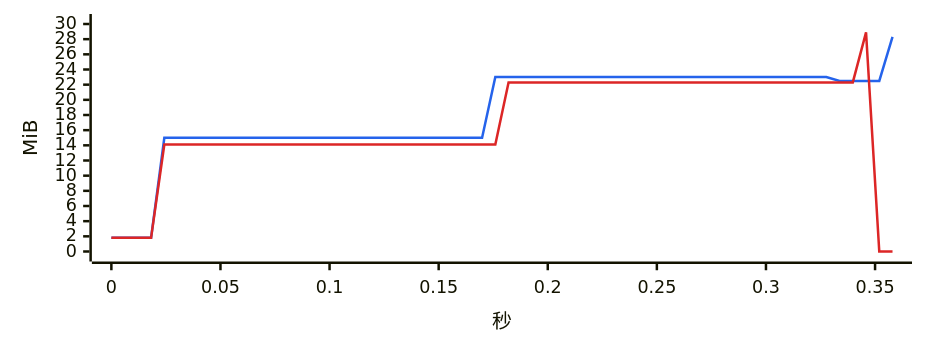
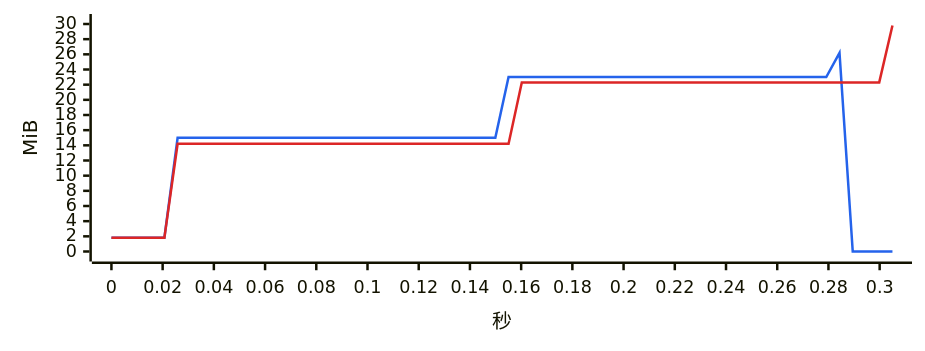
Before and after one commit to 334456777/WeFlow: diagram 16 of 17 in bench/v2.0.0/summary.md, drawn with Mermaid. The commit also changed other lines of this file and 3 other files, not shown here.

````diff
--- a/bench/v2.0.0/summary.md
+++ b/bench/v2.0.0/summary.md
@@ -455,8 +452,8 @@
 ```mermaid
 %%{init: {"xyChart": {"width": 720, "height": 260}, "themeVariables": {"xyChart": {"plotColorPalette": "#2563eb, #dc2626"}}}}%%
 xychart-beta
-    x-axis "秒" 0 --> 0.358
+    x-axis "秒" 0 --> 0.305
     y-axis "MiB" 0 --> 30
-    line [1.8, 1.8, 1.8, 1.8, 15.0, 15.0, 15.0, 15.0, 15.0, 15.0, 15.0, 15.0, 15.0, 15.0, 15.0, 15.0, 15.0, 15.0, 15.0, 15.0, 15.0, 15.0, 15.0, 15.0, 15.0, 15.0, 15.0, 15.0, 15.0, 23.0, 23.0, 23.0, 23.0, 23.0, 23.0, 23.0, 23.0, 23.0, 23.0, 23.0, 23.0, 23.0, 23.0, 23.0, 23.0, 23.0, 23.0, 23.0, 23.0, 23.0, 23.0, 23.0, 23.0, 23.0, 23.0, 22.5, 22.5, 22.5, 22.5, 28.3]
-    line [1.8, 1.8, 1.8, 1.8, 14.1, 14.1, 14.1, 14.1, 14.1, 14.1, 14.1, 14.1, 14.1, 14.1, 14.1, 14.1, 14.1, 14.1, 14.1, 14.1, 14.1, 14.1, 14.1, 14.1, 14.1, 14.1, 14.1, 14.1, 14.1, 14.1, 22.3, 22.3, 22.3, 22.3, 22.3, 22.3, 22.3, 22.3, 22.3, 22.3, 22.3, 22.3, 22.3, 22.3, 22.3, 22.3, 22.3, 22.3, 22.3, 22.3, 22.3, 22.3, 22.3, 22.3, 22.3, 22.3, 22.3, 28.9, 0.0, 0.0]
+    line [1.8, 1.8, 1.8, 1.8, 1.8, 15.0, 15.0, 15.0, 15.0, 15.0, 15.0, 15.0, 15.0, 15.0, 15.0, 15.0, 15.0, 15.0, 15.0, 15.0, 15.0, 15.0, 15.0, 15.0, 15.0, 15.0, 15.0, 15.0, 15.0, 15.0, 23.0, 23.0, 23.0, 23.0, 23.0, 23.0, 23.0, 23.0, 23.0, 23.0, 23.0, 23.0, 23.0, 23.0, 23.0, 23.0, 23.0, 23.0, 23.0, 23.0, 23.0, 23.0, 23.0, 23.0, 23.0, 26.2, 0.0, 0.0, 0.0, 0.0]
+    line [1.8, 1.8, 1.8, 1.8, 1.8, 14.2, 14.2, 14.2, 14.2, 14.2, 14.2, 14.2, 14.2, 14.2, 14.2, 14.2, 14.2, 14.2, 14.2, 14.2, 14.2, 14.2, 14.2, 14.2, 14.2, 14.2, 14.2, 14.2, 14.2, 14.2, 14.2, 22.3, 22.3, 22.3, 22.3, 22.3, 22.3, 22.3, 22.3, 22.3, 22.3, 22.3, 22.3, 22.3, 22.3, 22.3, 22.3, 22.3, 22.3, 22.3, 22.3, 22.3, 22.3, 22.3, 22.3, 22.3, 22.3, 22.3, 22.3, 29.8]
 ```
````
